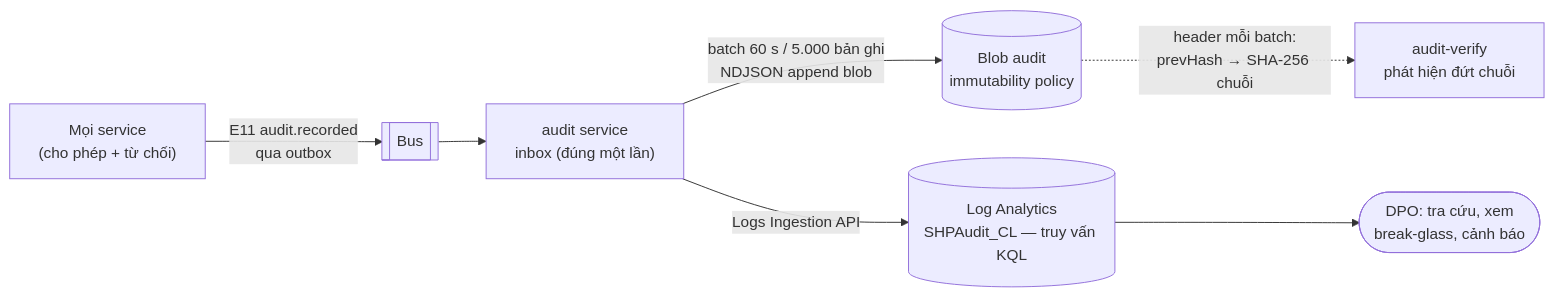
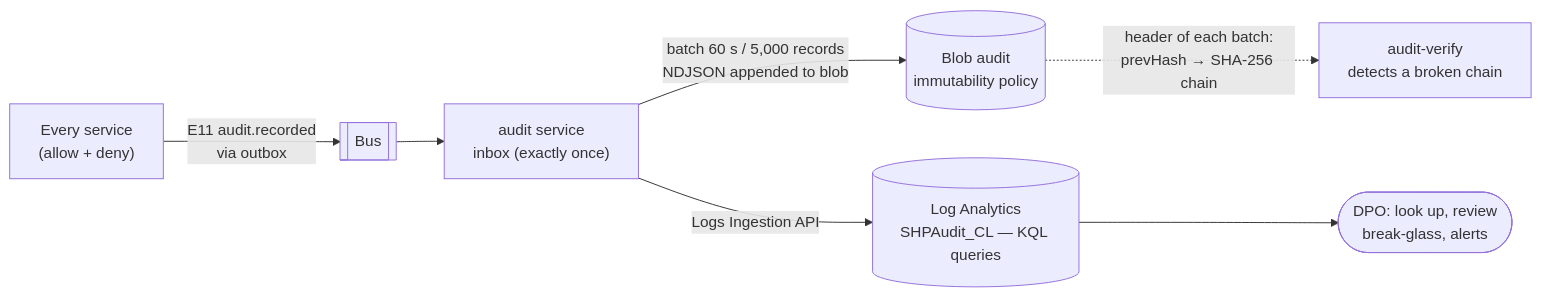
The tenth of 18 diagrams in docs/03-architecture/architecture-diagrams.md (viethung12062005/smart-hospital-platform), drawn with Mermaid before and after one commit. The commit also changed other lines of this file and 346 other files, not shown here.

````diff
--- a/docs/03-architecture/architecture-diagrams.md
+++ b/docs/03-architecture/architecture-diagrams.md
@@ -424,9 +424,9 @@
 ```mermaid
 flowchart LR
-  ANY["Mọi service<br/>(cho phép + từ chối)"] -- "E11 audit.recorded<br/>qua outbox" --> BUS[["Bus"]]
-  BUS --> AUD["audit service<br/>inbox (đúng một lần)"]
-  AUD -- "batch 60 s / 5.000 bản ghi<br/>NDJSON append blob" --> WORM[("Blob audit<br/>immutability policy")]
-  AUD -- "Logs Ingestion API" --> LAW[("Log Analytics<br/>SHPAudit_CL — truy vấn KQL")]
-  WORM -. "header mỗi batch:<br/>prevHash → SHA-256 chuỗi" .-> VER["audit-verify<br/>phát hiện đứt chuỗi"]
-  LAW --> DPO(["DPO: tra cứu, xem<br/>break-glass, cảnh báo"])
+  ANY["Every service<br/>(allow + deny)"] -- "E11 audit.recorded<br/>via outbox" --> BUS[["Bus"]]
+  BUS --> AUD["audit service<br/>inbox (exactly once)"]
+  AUD -- "batch 60 s / 5,000 records<br/>NDJSON appended to blob" --> WORM[("Blob audit<br/>immutability policy")]
+  AUD -- "Logs Ingestion API" --> LAW[("Log Analytics<br/>SHPAudit_CL — KQL queries")]
+  WORM -. "header of each batch:<br/>prevHash → SHA-256 chain" .-> VER["audit-verify<br/>detects a broken chain"]
+  LAW --> DPO(["DPO: look up, review<br/>break-glass, alerts"])
 ```
````
